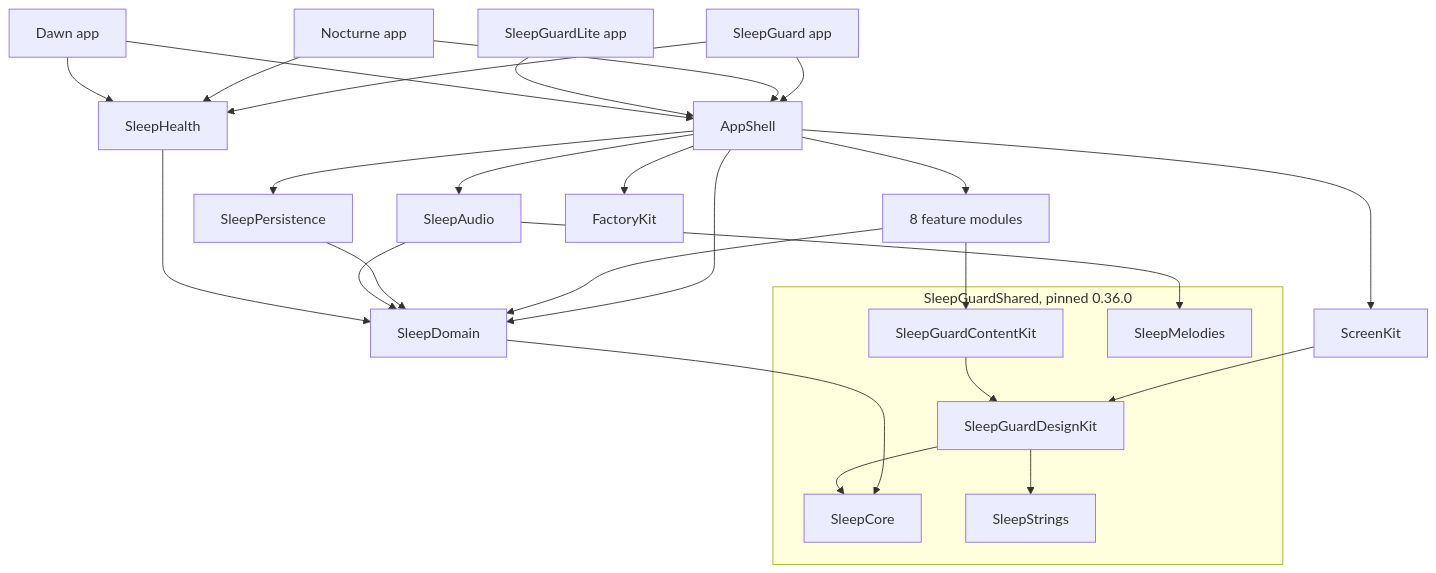
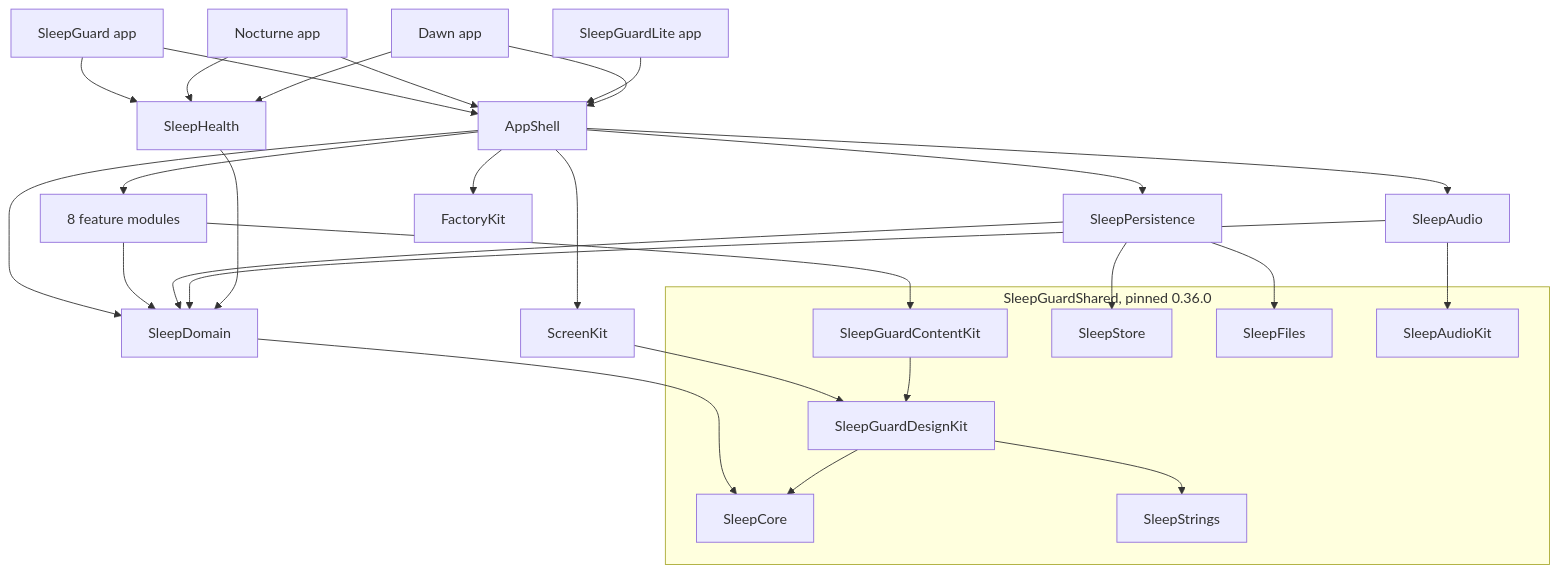
Before and after one commit to dardan0x/SleepGuardUIKitWay: the diagram in docs/ARCHITECTURE.md, drawn with Mermaid. The commit also changed other lines of this file and 7 other files, not shown here.

````diff
--- a/docs/ARCHITECTURE.md
+++ b/docs/ARCHITECTURE.md
@@ -20,37 +20,41 @@
 ```mermaid
 graph TD
   SG[SleepGuard app] --> AppShell
   NO[Nocturne app] --> AppShell
   LI[SleepGuardLite app] --> AppShell
   DA[Dawn app] --> AppShell
   SG --> SleepHealth
   NO --> SleepHealth
   DA --> SleepHealth
 
   AppShell --> Features[8 feature modules]
   AppShell --> ScreenKit
   AppShell --> SleepPersistence
   AppShell --> SleepAudio
   AppShell --> SleepDomain
   AppShell --> FactoryKit
 
   Features --> SleepDomain
   Features --> ContentKit[SleepGuardContentKit]
   SleepPersistence --> SleepDomain
+  SleepPersistence --> SleepStore
+  SleepPersistence --> SleepFiles
   SleepAudio --> SleepDomain
-  SleepAudio --> SleepMelodies
+  SleepAudio --> SleepAudioKit
   SleepHealth --> SleepDomain
   ScreenKit --> DesignKit[SleepGuardDesignKit]
   SleepDomain --> SleepCore
   ContentKit --> DesignKit
   DesignKit --> SleepStrings
   DesignKit --> SleepCore
 
   subgraph Shared["SleepGuardShared, pinned 0.36.0"]
     SleepCore
+    SleepStore
+    SleepAudioKit
+    SleepFiles
     SleepStrings
-    SleepMelodies
     DesignKit
     ContentKit
   end
 ```
````
